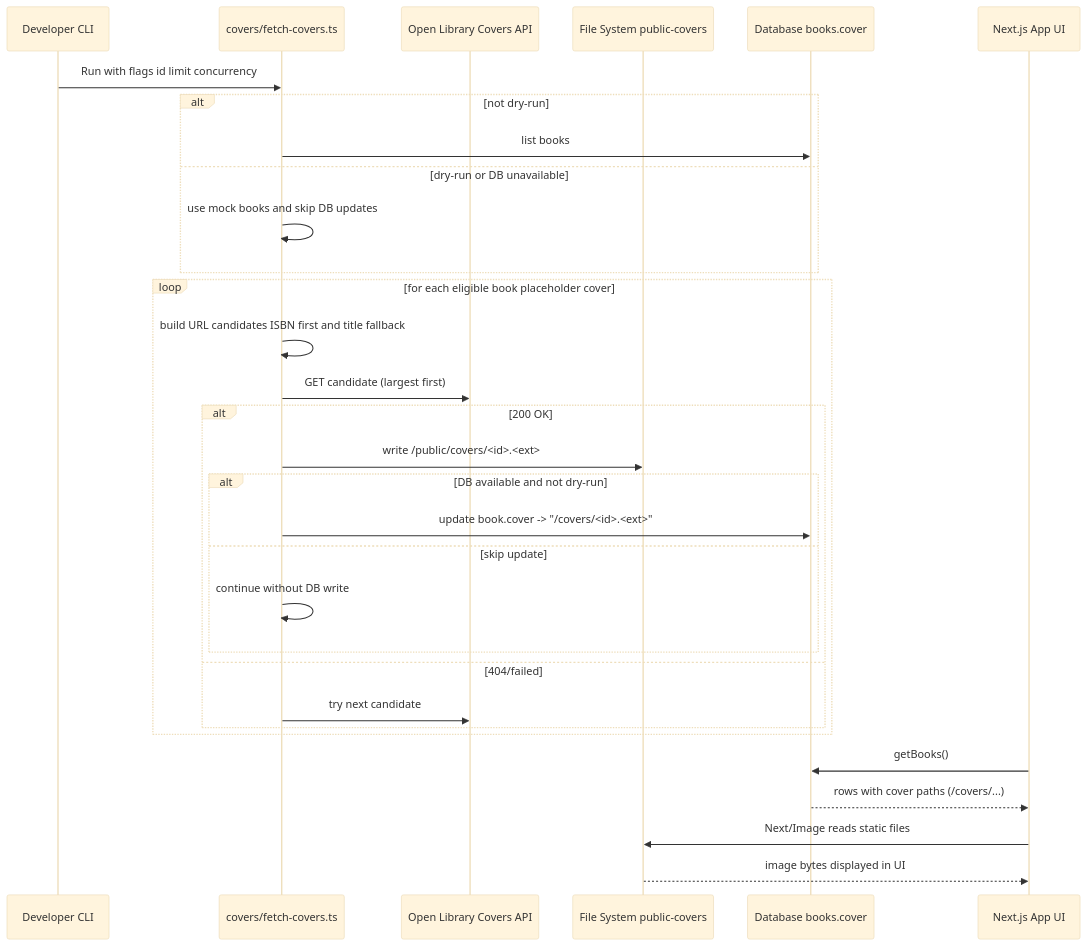
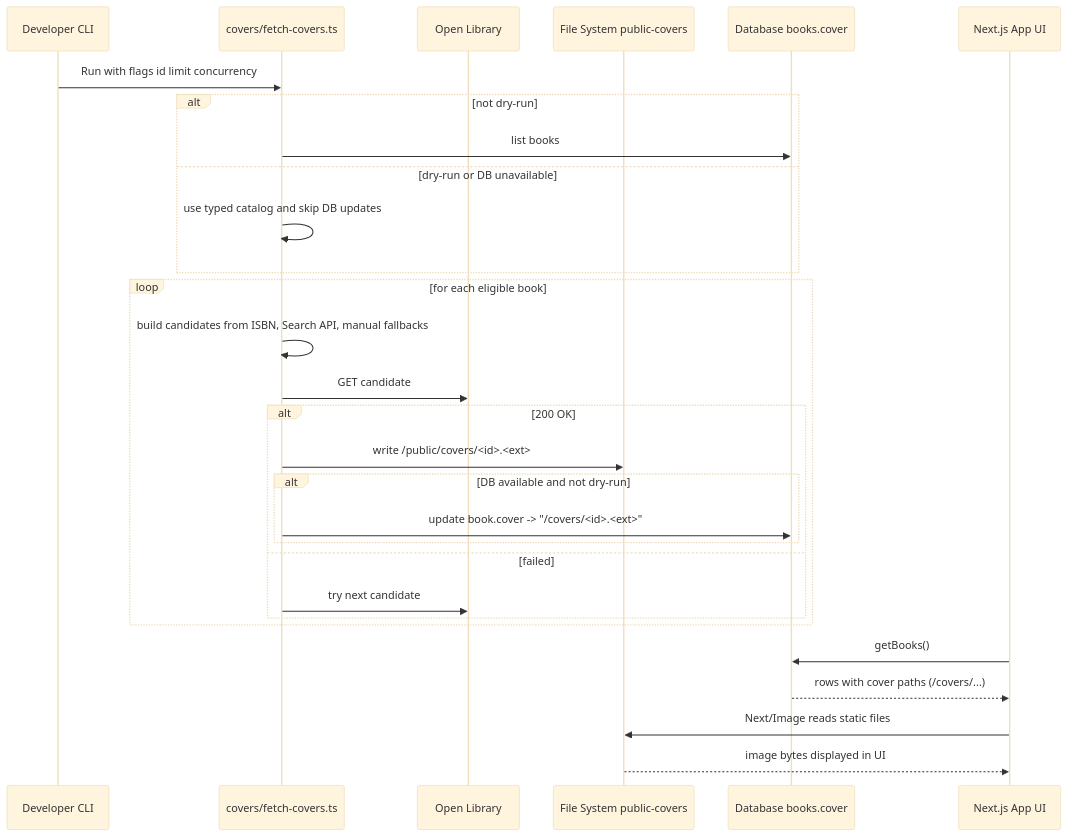
One commit to amalv/bukie changed the diagram in docs/covers-fetching.md. Above: the diagram before and after it, drawn with Mermaid (base theme). The commit also changed other lines of this file and 879 other files, not shown here.

Commit message:
feat(data-curation): expand base catalog to 500 books

````diff
--- a/docs/covers-fetching.md
+++ b/docs/covers-fetching.md
@@ -79,35 +84,33 @@
 ```mermaid
 sequenceDiagram
   participant Dev as Developer CLI
   participant Fetcher as covers/fetch-covers.ts
-  participant OL as Open Library Covers API
+  participant OL as Open Library
   participant FS as File System public-covers
   participant DB as Database books.cover
   participant App as Next.js App UI
 
   Dev->>Fetcher: Run with flags id limit concurrency
   alt not dry-run
     Fetcher->>DB: list books
   else dry-run or DB unavailable
-    Fetcher->>Fetcher: use mock books and skip DB updates
+    Fetcher->>Fetcher: use typed catalog and skip DB updates
   end
-  loop for each eligible book placeholder cover
-    Fetcher->>Fetcher: build URL candidates ISBN first and title fallback
-    Fetcher->>OL: GET candidate (largest first)
+  loop for each eligible book
+    Fetcher->>Fetcher: build candidates from ISBN, Search API, manual fallbacks
+    Fetcher->>OL: GET candidate
     alt 200 OK
       Fetcher->>FS: write /public/covers/<id>.<ext>
       alt DB available and not dry-run
         Fetcher->>DB: update book.cover -> "/covers/<id>.<ext>"
-      else skip update
-        Fetcher->>Fetcher: continue without DB write
       end
-    else 404/failed
+    else failed
       Fetcher->>OL: try next candidate
     end
   end
 
   App->>DB: getBooks()
   DB-->>App: rows with cover paths (/covers/...)
   App->>FS: Next/Image reads static files
   FS-->>App: image bytes displayed in UI
 ```
````
